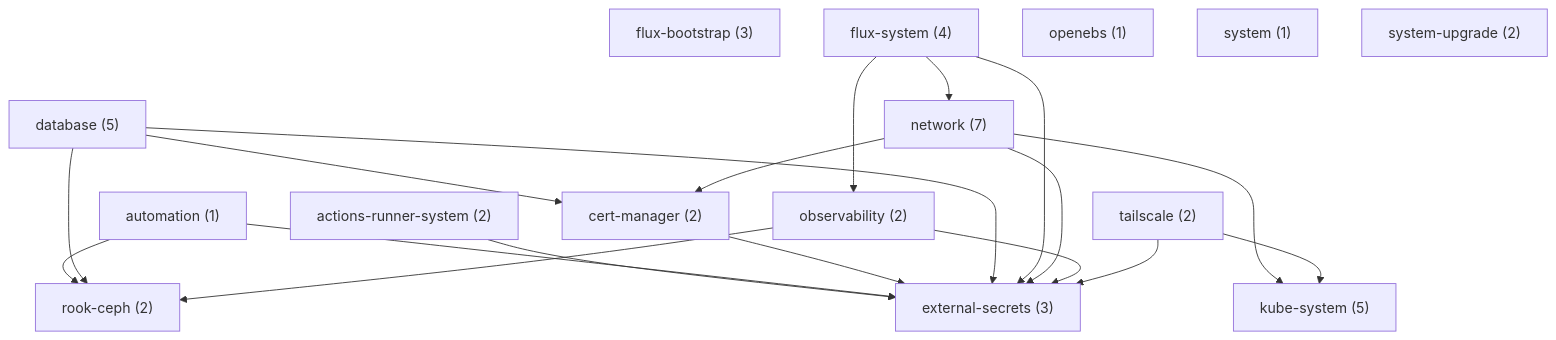
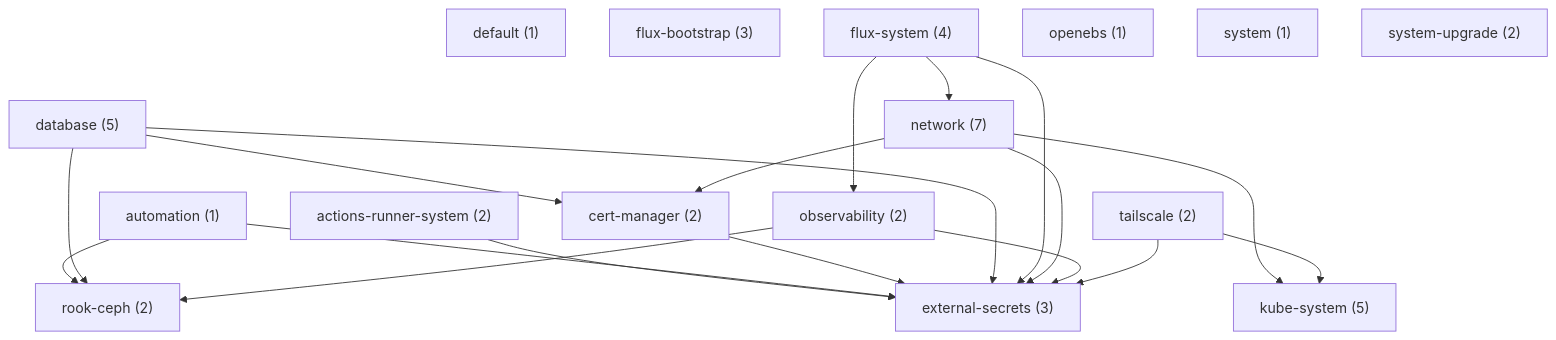
Before and after one commit to qnimbus/home-lab: the first of 17 diagrams in docs/CLUSTER.md, drawn with Mermaid. The commit also changed other lines of this file and 2 other files, not shown here.

````diff
--- a/docs/CLUSTER.md
+++ b/docs/CLUSTER.md
@@ -703,35 +703,36 @@
 ```mermaid
 flowchart TD
   actions_runner_system["actions-runner-system (2)"]
   automation["automation (1)"]
   cert_manager["cert-manager (2)"]
   database["database (5)"]
+  default["default (1)"]
   external_secrets["external-secrets (3)"]
   flux_bootstrap["flux-bootstrap (3)"]
   flux_system["flux-system (4)"]
   kube_system["kube-system (5)"]
   network["network (7)"]
   observability["observability (2)"]
   openebs["openebs (1)"]
   rook_ceph["rook-ceph (2)"]
   system["system (1)"]
   system_upgrade["system-upgrade (2)"]
   tailscale["tailscale (2)"]
   actions_runner_system --> external_secrets
   automation --> external_secrets
   automation --> rook_ceph
   cert_manager --> external_secrets
   database --> cert_manager
   database --> external_secrets
   database --> rook_ceph
   flux_system --> external_secrets
   flux_system --> network
   flux_system --> observability
   network --> cert_manager
   network --> external_secrets
   network --> kube_system
   observability --> external_secrets
   observability --> rook_ceph
   tailscale --> external_secrets
   tailscale --> kube_system
 ```
````
